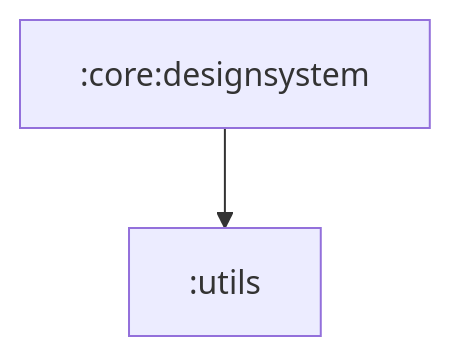
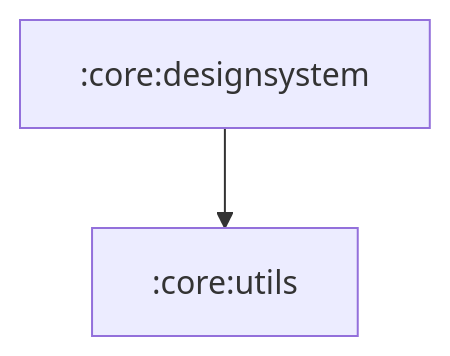
One commit to HakusFactory/hakusfactory.github.io changed the diagram in module/core/designsystem.md. Above: the diagram before and after it, drawn with Mermaid. The commit also changed 12 other files, not shown here.

````diff
--- a/module/core/designsystem.md
+++ b/module/core/designsystem.md
@@ -3,8 +3,8 @@
 ```mermaid
 flowchart TD
 designsystem[:core:designsystem]
 
 designsystem --> utils
 
-utils[:utils]
+utils[:core:utils]
 ```
````
